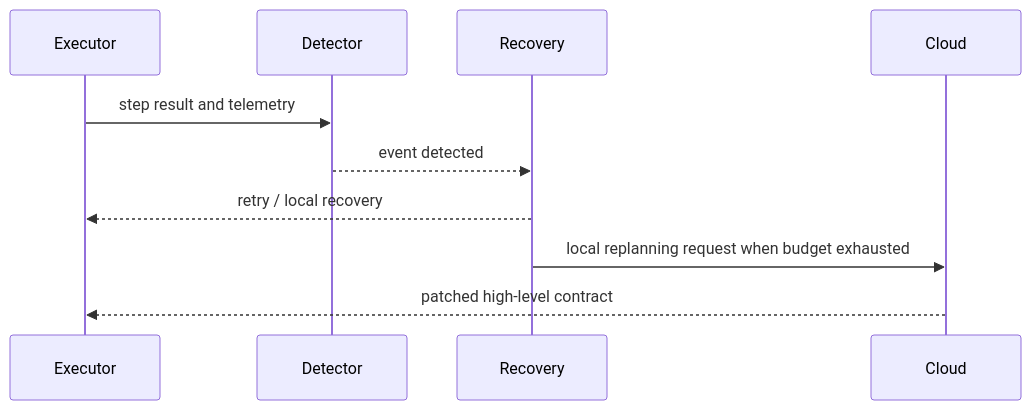
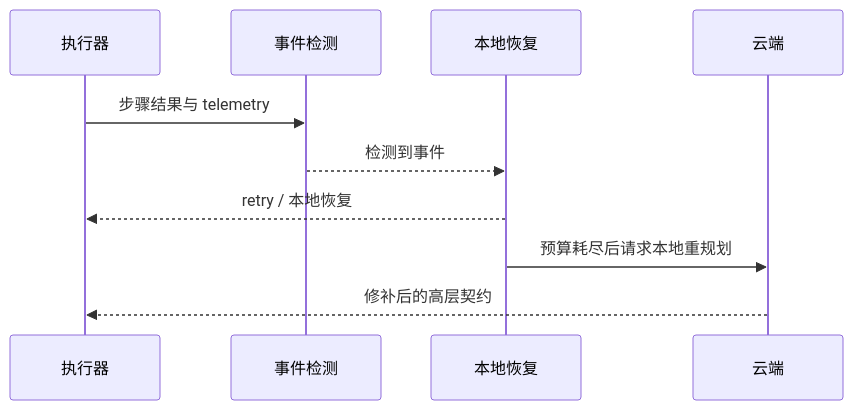
The third of 6 diagrams in docs/architecture.md (ningyd98/BIG-small), drawn with Mermaid before and after one commit. The commit also changed other lines of this file and 154 other files, not shown here.

````diff
--- a/docs/architecture.md
+++ b/docs/architecture.md
@@ -58,12 +58,12 @@
 ```mermaid
 sequenceDiagram
-  participant Executor
-  participant Detector
-  participant Recovery
-  participant Cloud
-  Executor->>Detector: step result and telemetry
-  Detector-->>Recovery: event detected
-  Recovery-->>Executor: retry / local recovery
-  Recovery->>Cloud: local replanning request when budget exhausted
-  Cloud-->>Executor: patched high-level contract
+  participant Executor as 执行器
+  participant Detector as 事件检测
+  participant Recovery as 本地恢复
+  participant Cloud as 云端
+  Executor->>Detector: 步骤结果与 telemetry
+  Detector-->>Recovery: 检测到事件
+  Recovery-->>Executor: retry / 本地恢复
+  Recovery->>Cloud: 预算耗尽后请求本地重规划
+  Cloud-->>Executor: 修补后的高层契约
 ```
````
